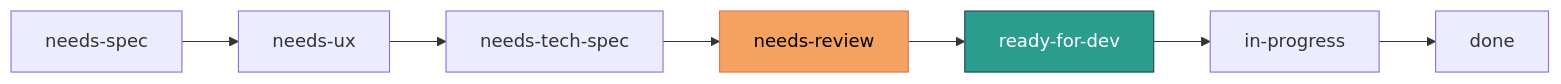
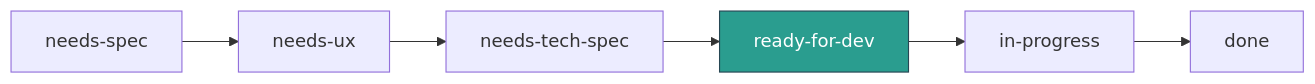
Before and after one commit to arc-eng/journeyloop-docs: the diagram in docs/engineering/agent-roster.md, drawn with Mermaid. The commit also changed other lines of this file and 21 other files, not shown here.

Commit message:
docs: update dev workflow — retire needs-review label, #reviews channel, brief.md; spec in issue body; SWE creates plan.md

````diff
--- a/docs/engineering/agent-roster.md
+++ b/docs/engineering/agent-roster.md
@@ -227,12 +227,10 @@
 ```mermaid
 graph LR
     A[needs-spec] --> B[needs-ux]
     B --> C[needs-tech-spec]
-    C --> D[needs-review]
-    D --> E[ready-for-dev]
-    E --> F[in-progress]
-    F --> G[done]
+    C --> D[ready-for-dev]
+    D --> E[in-progress]
+    E --> F[done]
 
-    style D fill:#f4a261,stroke:#e76f51,color:#000
-    style E fill:#2a9d8f,stroke:#264653,color:#fff
+    style D fill:#2a9d8f,stroke:#264653,color:#fff
 ```
````
